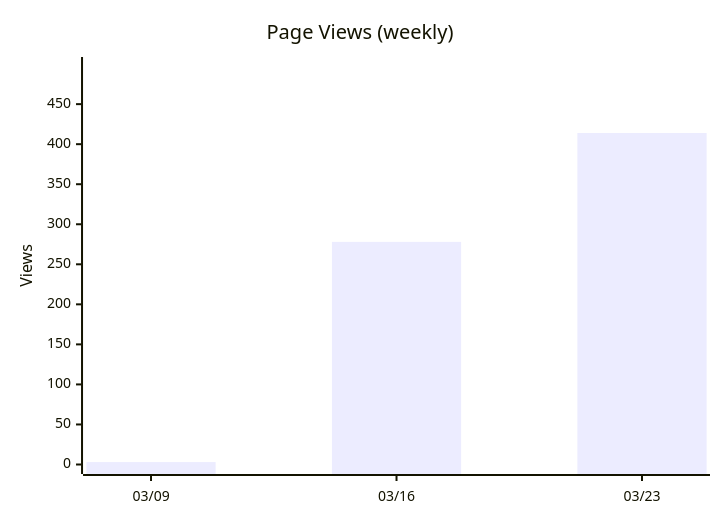
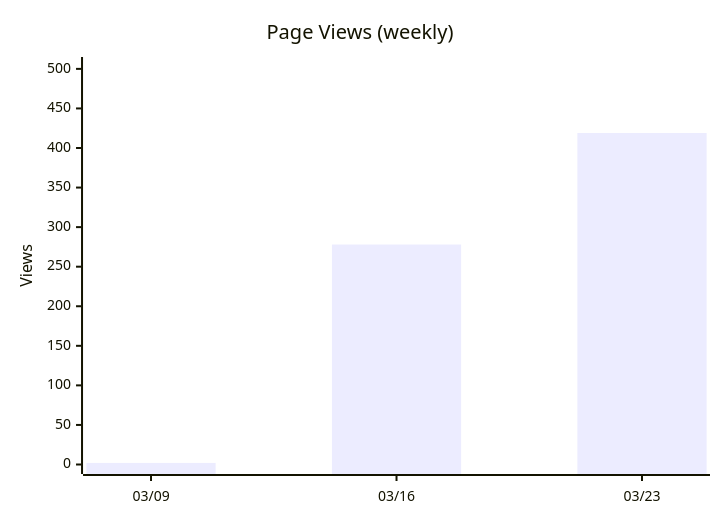
Before and after one commit to nablarch/nabledge-dev: diagram 12 of 14 in docs/metrics.md, drawn with Mermaid. The commit also changed other lines of this file and 2 other files, not shown here.

````diff
--- a/docs/metrics.md
+++ b/docs/metrics.md
@@ -153,7 +153,7 @@
 ```mermaid
 xychart-beta
   title "Page Views (weekly)"
   x-axis ["03/09", "03/16", "03/23"]
-  y-axis "Views" 0 --> 497
-  bar [3, 278, 414]
+  y-axis "Views" 0 --> 503
+  bar [2, 278, 419]
 ```
````
